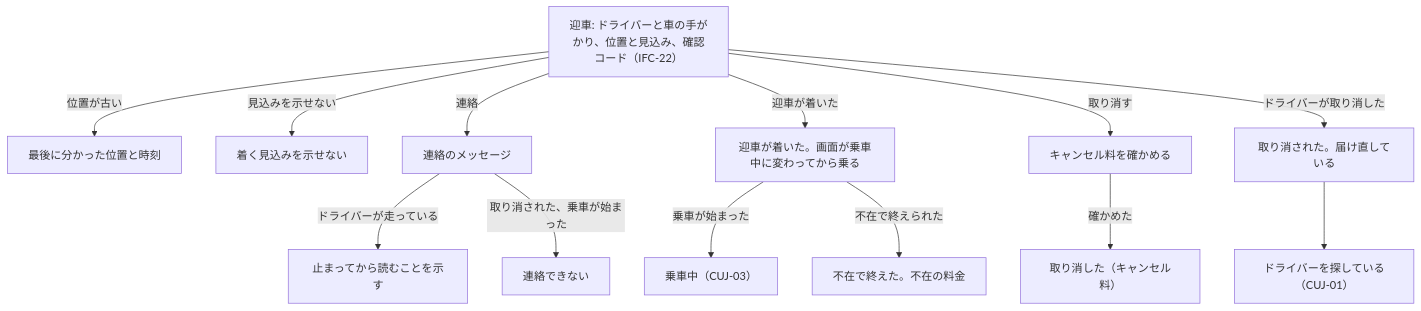
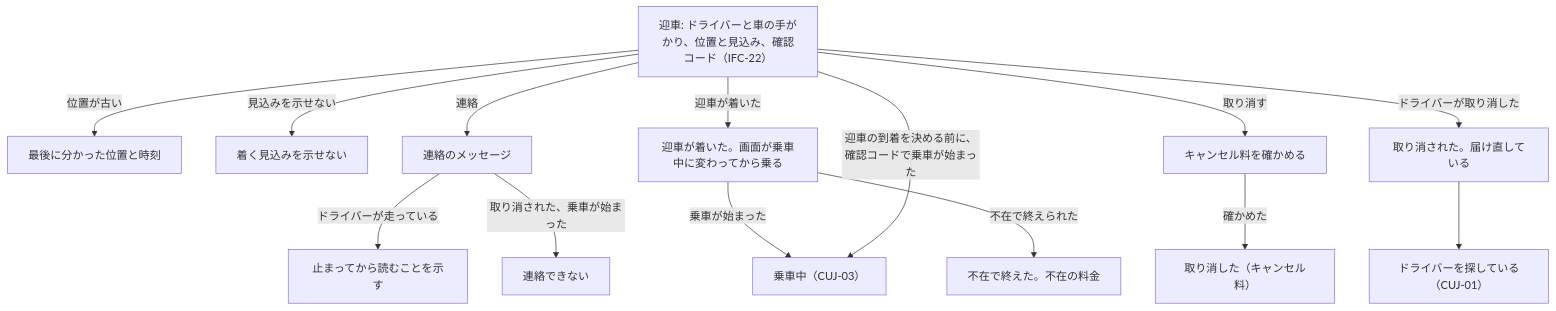
Diagram 34 of 57 in docs/design/3-high-level-design.md (Taro000/ride-hailing-app-demo), drawn with Mermaid before and after one commit. The commit also changed other lines of this file and 23 other files, not shown here.

````diff
--- a/docs/design/3-high-level-design.md
+++ b/docs/design/3-high-level-design.md
@@ -1394,15 +1426,16 @@
 ```mermaid
 flowchart TD
   pickup["迎車: ドライバーと車の手がかり、位置と見込み、確認コード（IFC-22）"] -->|位置が古い| lastpos["最後に分かった位置と時刻"]
   pickup -->|見込みを示せない| noeta["着く見込みを示せない"]
   pickup -->|連絡| msg["連絡のメッセージ"]
   msg -->|ドライバーが走っている| movingmsg["止まってから読むことを示す"]
   msg -->|取り消された、乗車が始まった| closed["連絡できない"]
   pickup -->|迎車が着いた| arrived["迎車が着いた。画面が乗車中に変わってから乗る"]
   pickup -->|取り消す| fee["キャンセル料を確かめる"]
   fee -->|確かめた| cancelled["取り消した（キャンセル料）"]
   pickup -->|ドライバーが取り消した| redispatch["取り消された。届け直している"]
   redispatch --> wait["ドライバーを探している（CUJ-01）"]
   arrived -->|乗車が始まった| riding["乗車中（CUJ-03）"]
+  pickup -->|迎車の到着を決める前に、確認コードで乗車が始まった| riding
   arrived -->|不在で終えられた| noshow["不在で終えた。不在の料金"]
 ```
````
